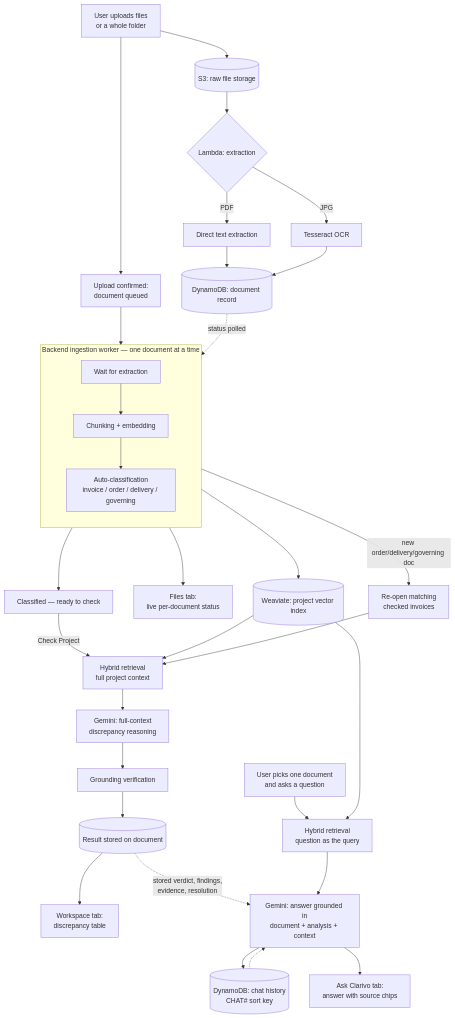
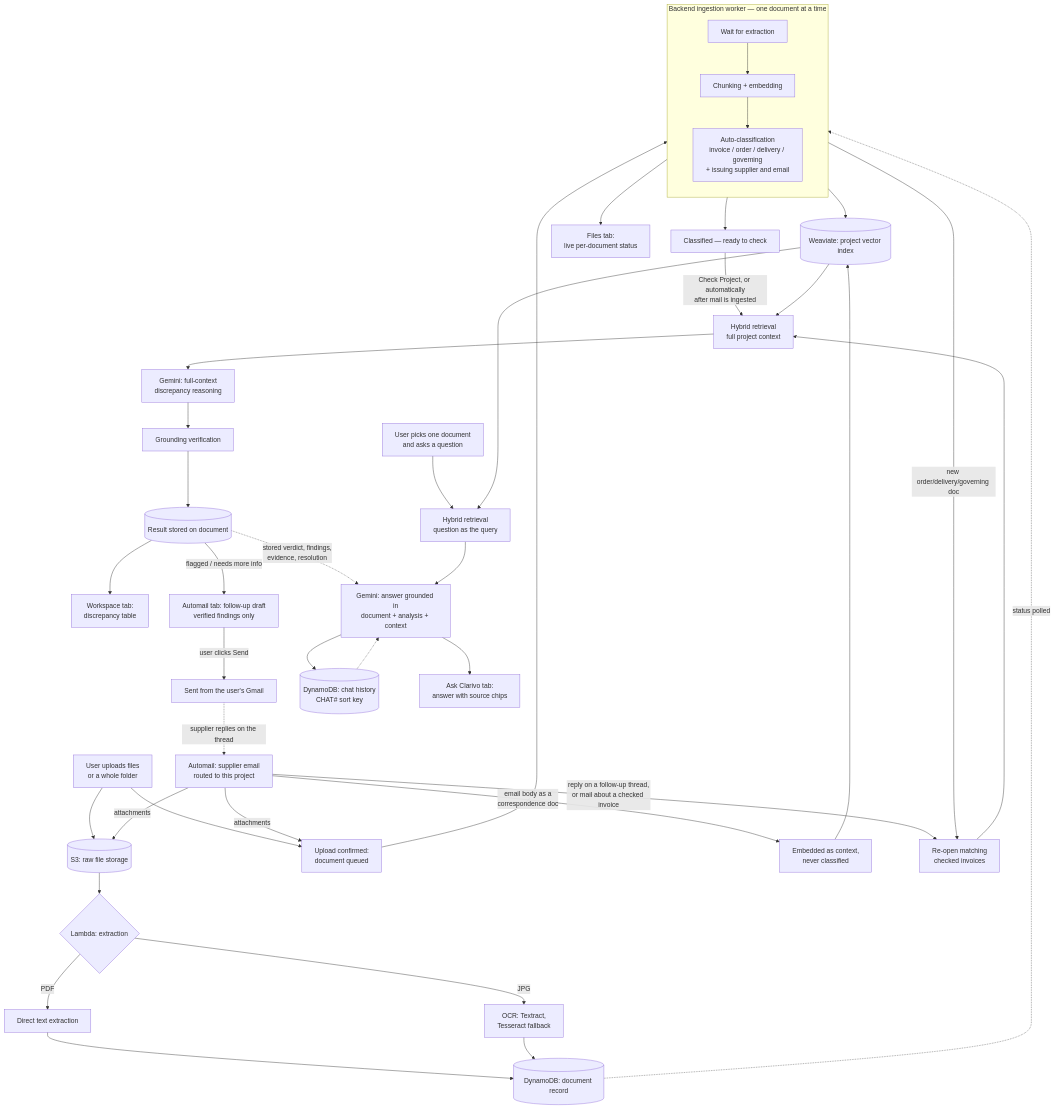
The first of 3 diagrams in README.md (renish04/Clarivo), drawn with Mermaid before and after one commit. The commit also changed other lines of this file, not shown here.

````diff
--- a/README.md
+++ b/README.md
@@ -47,40 +89,49 @@
 ```mermaid
 flowchart TD
     A[User uploads files\nor a whole folder] --> B[(S3: raw file storage)]
     A --> Q[Upload confirmed:\ndocument queued]
+    G[Automail: supplier email\nrouted to this project] -->|attachments| B
+    G -->|attachments| Q
+    G -->|email body as a\ncorrespondence doc| CD[Embedded as context,\nnever classified]
+    CD --> I
     B --> C{Lambda: extraction}
     C -->|PDF| D[Direct text extraction]
-    C -->|JPG| E[Tesseract OCR]
+    C -->|JPG| E[OCR: Textract,\nTesseract fallback]
     D --> F[(DynamoDB: document record)]
     E --> F
 
     Q --> W1
 
     subgraph W [Backend ingestion worker — one document at a time]
         direction TB
         W1[Wait for extraction] --> W2[Chunking + embedding]
-        W2 --> W3[Auto-classification\ninvoice / order / delivery / governing]
+        W2 --> W3[Auto-classification\ninvoice / order / delivery / governing\n+ issuing supplier and email]
     end
 
     F -.->|status polled| W1
     W2 --> I[(Weaviate: project vector index)]
     W3 --> P[Files tab:\nlive per-document status]
 
     W3 --> R[Classified — ready to check]
-    R -->|Check Project| J[Hybrid retrieval\nfull project context]
+    R -->|Check Project, or automatically\nafter mail is ingested| J[Hybrid retrieval\nfull project context]
     I --> J
     J --> K[Gemini: full-context\ndiscrepancy reasoning]
     K --> L[Grounding verification]
     L --> M[(Result stored on document)]
     M --> N[Workspace tab:\ndiscrepancy table]
     W3 -->|new order/delivery/governing doc| O[Re-open matching\nchecked invoices]
+    G -->|reply on a follow-up thread,\nor mail about a checked invoice| O
     O --> J
+
+    M -->|flagged / needs more info| FD[Automail tab: follow-up draft\nverified findings only]
+    FD -->|user clicks Send| SG[Sent from the user's Gmail]
+    SG -.->|supplier replies on the thread| G
 
     U[User picks one document\nand asks a question] --> V[Hybrid retrieval\nquestion as the query]
     I --> V
     M -.->|stored verdict, findings,\nevidence, resolution| X
     V --> X[Gemini: answer grounded in\ndocument + analysis + context]
     Y[(DynamoDB: chat history\nCHAT# sort key)] -.-> X
     X --> Y
     X --> Z[Ask Clarivo tab:\nanswer with source chips]
 ```
````
